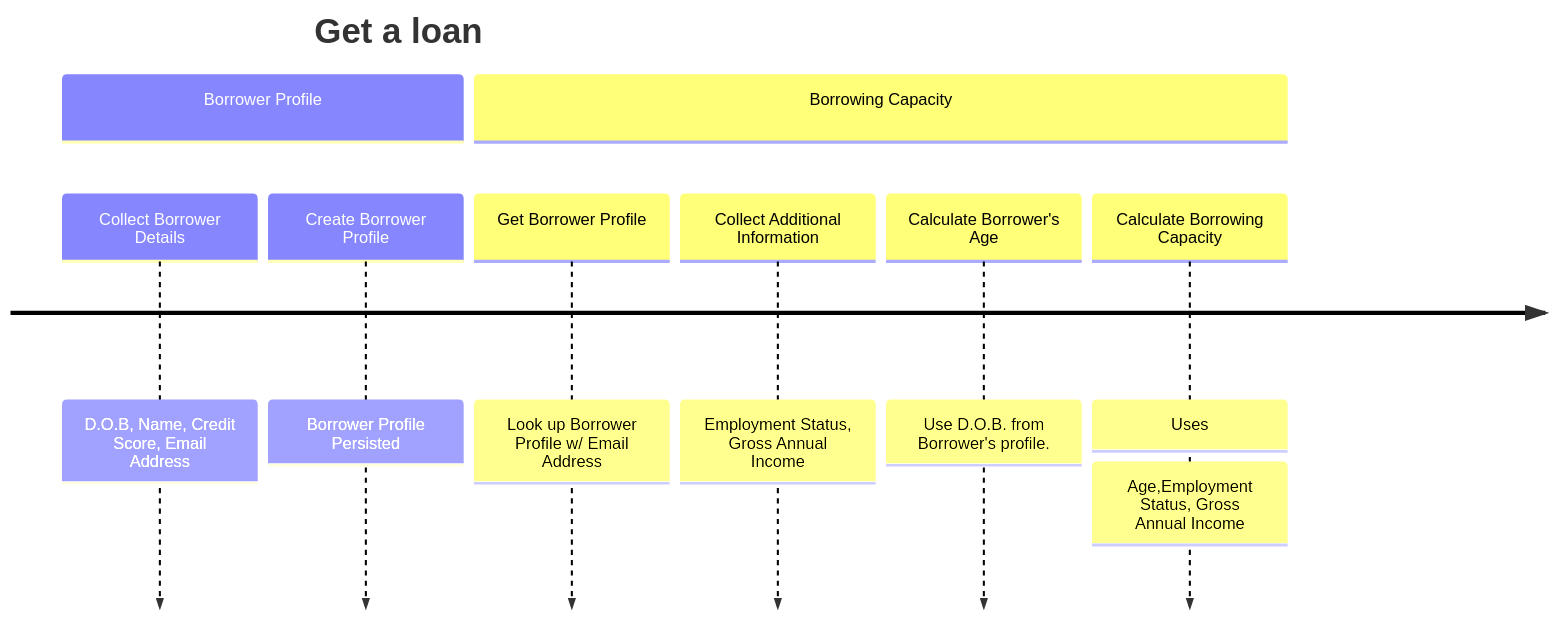
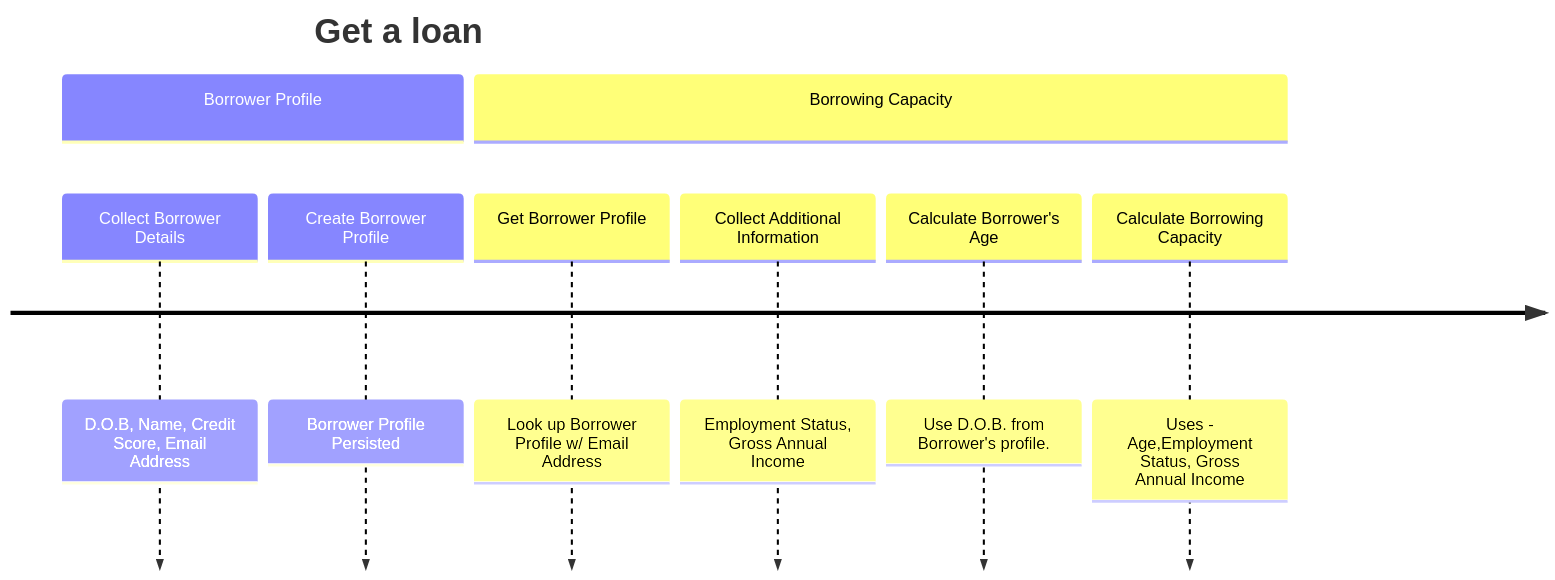
The diagram in docs/docs/stories.mdx (BenBowers/hexyback-workshop), drawn with Mermaid before and after one commit. The commit also changed 23 other files, not shown here.

````diff
--- a/docs/docs/stories.mdx
+++ b/docs/docs/stories.mdx
@@ -9,12 +9,12 @@
 ```mermaid
 timeline
     title Get a loan
     section Borrower Profile
         Collect Borrower Details : D.O.B, Name, Credit Score, Email Address
         Create Borrower Profile : Borrower Profile Persisted
     section Borrowing Capacity
         Get Borrower Profile : Look up Borrower Profile w/ Email Address
         Collect Additional Information: Employment Status, Gross Annual Income   
         Calculate Borrower's Age: Use D.O.B. from Borrower's profile.
-        Calculate Borrowing Capacity: Uses:  Age,Employment Status, Gross Annual Income
+        Calculate Borrowing Capacity: Uses - Age,Employment Status, Gross Annual Income
 ```
````
